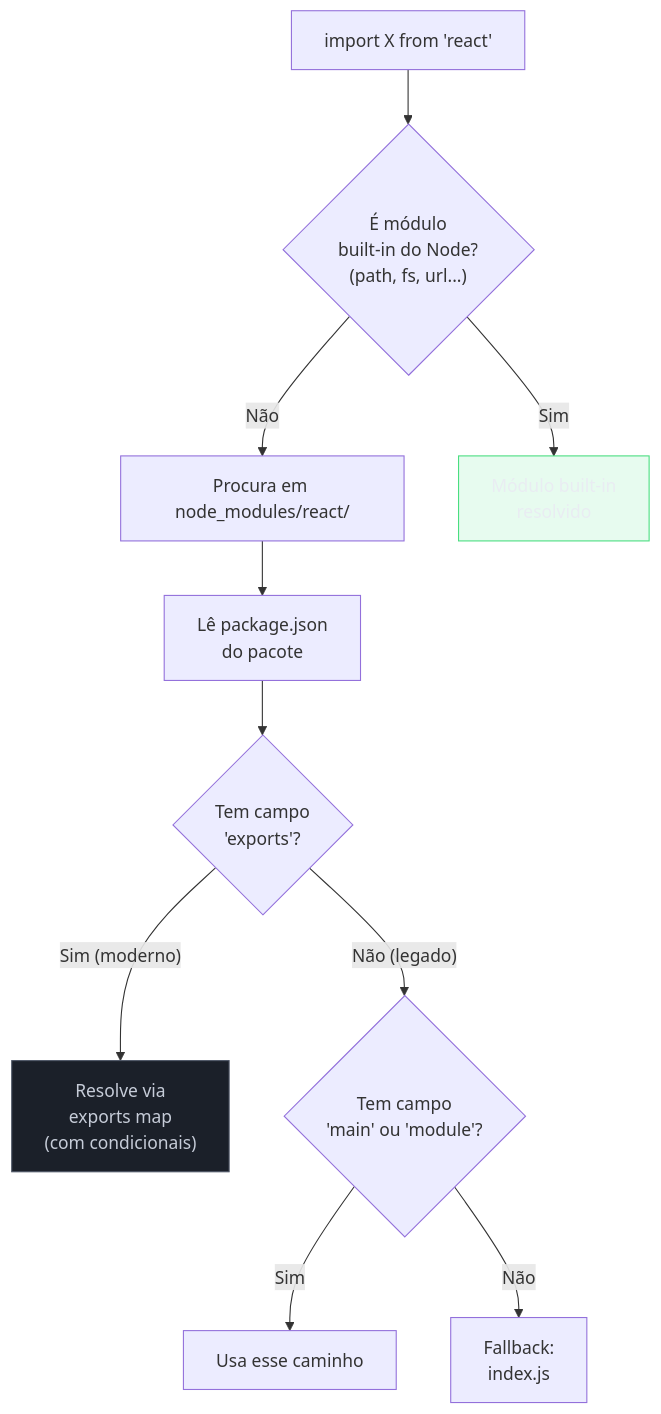
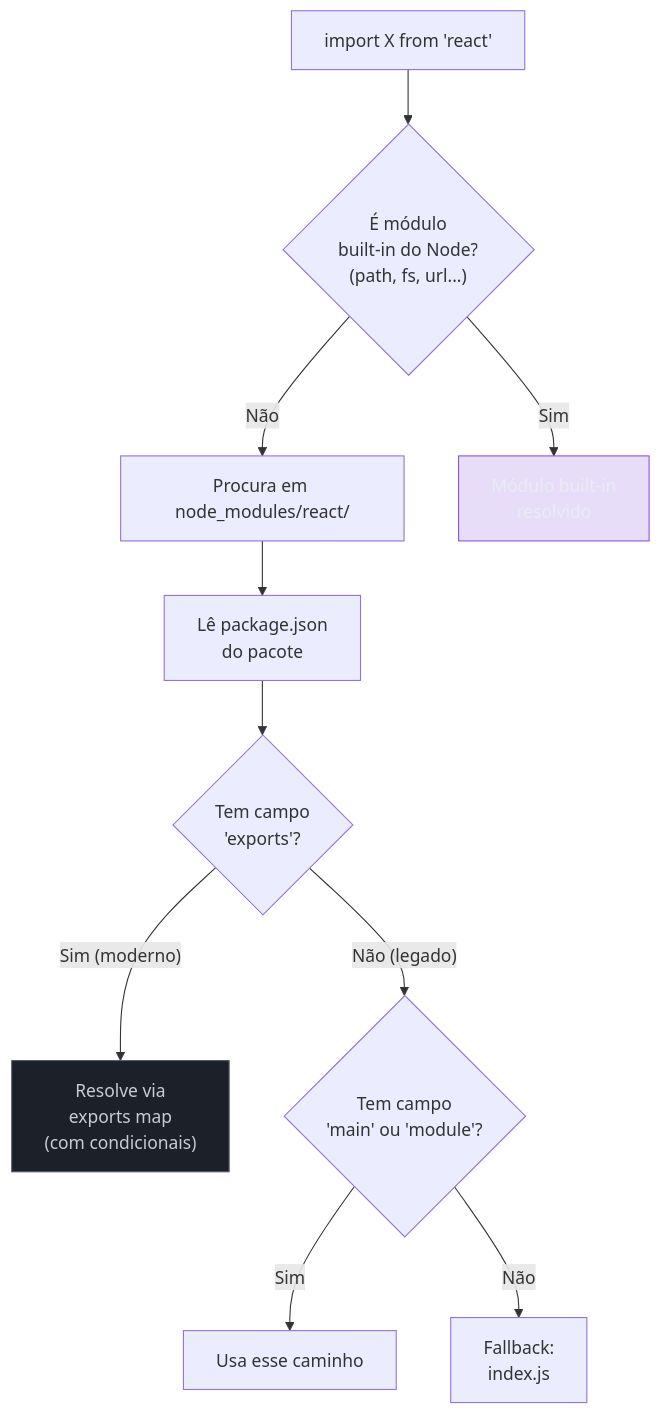
The third of 10 diagrams in 03-Dominios/Tecnologia/Tooling e Build/07 - O grafo de módulos e o que é bundling.md (josenaldo/codex-technomanticus), drawn with Mermaid before and after one commit. The commit also changed other lines of this file and 601 other files, not shown here.

````diff
--- a/03-Dominios/Tecnologia/Tooling e Build/07 - O grafo de módulos e o que é bundling.md
+++ b/03-Dominios/Tecnologia/Tooling e Build/07 - O grafo de módulos e o que é bundling.md
@@ -186,27 +186,27 @@
 ```mermaid
 flowchart TD
-    classDef ok fill:#4ADE8021,stroke:#4ADE80,color:#E9ECF2
+    classDef marca fill:#8855DF33,stroke:#8855DF,color:#E9ECF2
     classDef neutro fill:#1B2029,stroke:#4E5666,color:#C6CCD8
     BARE["import X from 'react'"]
     CHECK_CORE{"É módulo\nbuilt-in do Node?\n(path, fs, url...)"}
     CHECK_NM["Procura em node_modules/react/"]
     PKG["Lê package.json\ndo pacote"]
     EXPORTS{"Tem campo\n'exports'?"}
     EXP_COND["Resolve via\nexports map\n(com condicionais)"]
     MAIN{"Tem campo\n'main' ou 'module'?"}
     MAIN_RESOLVE["Usa esse caminho"]
     INDEX["Fallback:\nindex.js"]
 
     BARE --> CHECK_CORE
     CHECK_CORE -->|"Sim"| RESOLVED["Módulo built-in\nresolvido"]
     CHECK_CORE -->|"Não"| CHECK_NM
     CHECK_NM --> PKG
     PKG --> EXPORTS
     EXPORTS -->|"Sim (moderno)"| EXP_COND
     EXPORTS -->|"Não (legado)"| MAIN
     MAIN -->|"Sim"| MAIN_RESOLVE
     MAIN -->|"Não"| INDEX
 
-    class RESOLVED ok
+    class RESOLVED marca
     class EXP_COND neutro
 ```
````
